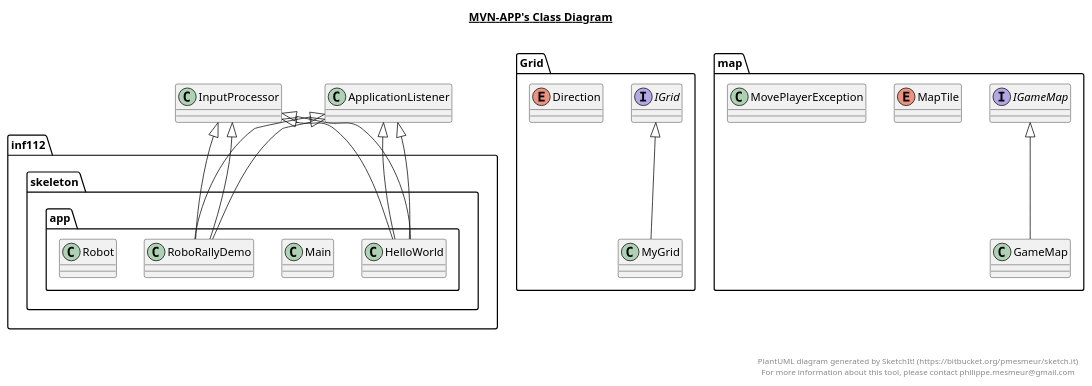
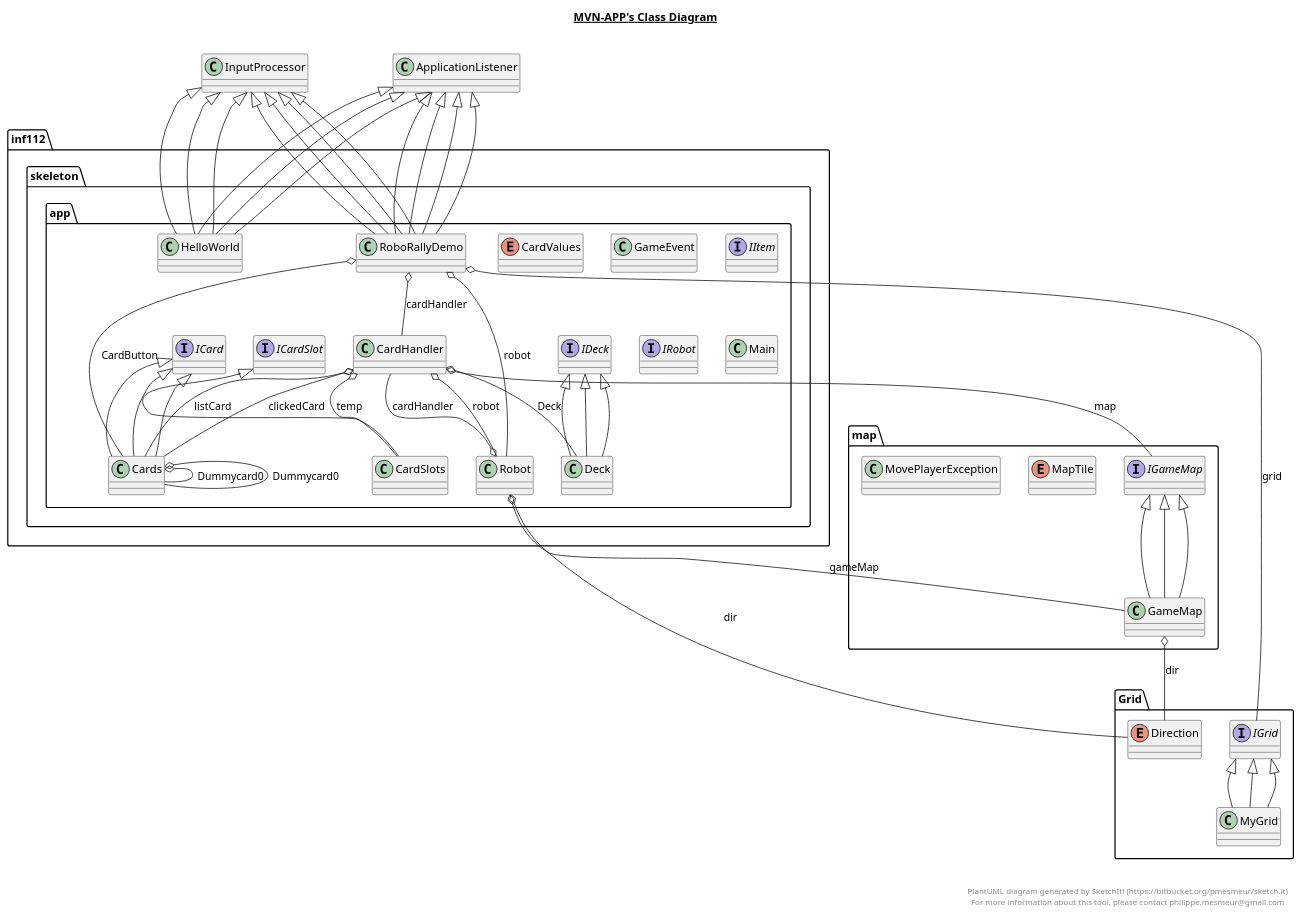
Before and after one commit to inf112-v19/Thebadguys: the diagram in Thebadguys.plantuml, drawn with PlantUML. The commit also changed 7 other files, not shown here.

Commit message:
Updating UML

```diff
--- a/Thebadguys.plantuml
+++ b/Thebadguys.plantuml
@@ -2,8 +2,122 @@
 
 title __MVN-APP's Class Diagram__\n
 
+  package inf112.skeleton.app {
+    class CardHandler {
+    }
+  }
+  
+
+  package inf112.skeleton.app {
+    class CardSlots {
+    }
+  }
+  
+
+  package inf112.skeleton.app {
+    class CardSlots {
+    }
+  }
+  
+
+  package inf112.skeleton.app {
+    class CardSlots {
+    }
+  }
+  
+
+  package inf112.skeleton.app {
+    enum CardValues {
+    }
+  }
+  
+
+  package inf112.skeleton.app {
+    enum CardValues {
+    }
+  }
+  
+
+  package inf112.skeleton.app {
+    enum CardValues {
+    }
+  }
+  
+
+  package inf112.skeleton.app {
+    class Cards {
+    }
+  }
+  
+
+  package inf112.skeleton.app {
+    class Cards {
+    }
+  }
+  
+
+  package inf112.skeleton.app {
+    class Cards {
+    }
+  }
+  
+
+  package inf112.skeleton.app {
+    class Deck {
+    }
+  }
+  
+
+  package inf112.skeleton.app {
+    class Deck {
+    }
+  }
+  
+
+  package inf112.skeleton.app {
+    class Deck {
+    }
+  }
+  
+
   package Grid {
     enum Direction {
+    }
+  }
+  
+
+  package Grid {
+    enum Direction {
+    }
+  }
+  
+
+  package Grid {
+    enum Direction {
+    }
+  }
+  
+
+  package inf112.skeleton.app {
+    class GameEvent {
+    }
+  }
+  
+
+  package inf112.skeleton.app {
+    class GameEvent {
+    }
+  }
+  
+
+  package map {
+    class GameMap {
+    }
+  }
+  
+
+  package map {
+    class GameMap {
     }
   }
   
@@ -26,6 +140,66 @@
   }
   
 
+  package inf112.skeleton.app {
+    class HelloWorld {
+    }
+  }
+  
+
+  package inf112.skeleton.app {
+    interface ICard {
+    }
+  }
+  
+
+  package inf112.skeleton.app {
+    interface ICard {
+    }
+  }
+  
+
+  package inf112.skeleton.app {
+    interface ICard {
+    }
+  }
+  
+
+  package inf112.skeleton.app {
+    interface ICardSlot {
+    }
+  }
+  
+
+  package inf112.skeleton.app {
+    interface IDeck {
+    }
+  }
+  
+
+  package inf112.skeleton.app {
+    interface IDeck {
+    }
+  }
+  
+
+  package inf112.skeleton.app {
+    interface IDeck {
+    }
+  }
+  
+
+  package map {
+    interface IGameMap {
+    }
+  }
+  
+
+  package map {
+    interface IGameMap {
+    }
+  }
+  
+
   package map {
     interface IGameMap {
     }
@@ -34,6 +208,54 @@
 
   package Grid {
     interface IGrid {
+    }
+  }
+  
+
+  package Grid {
+    interface IGrid {
+    }
+  }
+  
+
+  package Grid {
+    interface IGrid {
+    }
+  }
+  
+
+  package inf112.skeleton.app {
+    interface IItem {
+    }
+  }
+  
+
+  package inf112.skeleton.app {
+    interface IRobot {
+    }
+  }
+  
+
+  package inf112.skeleton.app {
+    interface IRobot {
+    }
+  }
+  
+
+  package inf112.skeleton.app {
+    interface IRobot {
+    }
+  }
+  
+
+  package inf112.skeleton.app {
+    class Main {
+    }
+  }
+  
+
+  package inf112.skeleton.app {
+    class Main {
     }
   }
   
@@ -57,6 +279,30 @@
   
 
   package map {
+    enum MapTile {
+    }
+  }
+  
+
+  package map {
+    enum MapTile {
+    }
+  }
+  
+
+  package map {
+    class MovePlayerException {
+    }
+  }
+  
+
+  package map {
+    class MovePlayerException {
+    }
+  }
+  
+
+  package map {
     class MovePlayerException {
     }
   }
@@ -64,6 +310,30 @@
 
   package Grid {
     class MyGrid {
+    }
+  }
+  
+
+  package Grid {
+    class MyGrid {
+    }
+  }
+  
+
+  package Grid {
+    class MyGrid {
+    }
+  }
+  
+
+  package inf112.skeleton.app {
+    class RoboRallyDemo {
+    }
+  }
+  
+
+  package inf112.skeleton.app {
+    class RoboRallyDemo {
     }
   }
   
@@ -92,16 +362,61 @@
   }
   
 
+  package inf112.skeleton.app {
+    class Robot {
+    }
+  }
+  
+
+  package inf112.skeleton.app {
+    class Robot {
+    }
+  }
+  
+
+  CardHandler o-- Deck : Deck
+  CardHandler o-- Cards : clickedCard
+  CardHandler o-- Cards : listCard
+  CardHandler o-- CardSlots : temp
+  CardHandler o-- Robot : robot
+  CardHandler o-- IGameMap : map
+  CardSlots -up-|> ICardSlot
+  Cards -up-|> ICard
+  Cards o-- Cards : Dummycard0
+  Cards -up-|> ICard
+  Cards o-- Cards : Dummycard0
+  Cards -up-|> ICard
+  Deck -up-|> IDeck
+  Deck -up-|> IDeck
+  Deck -up-|> IDeck
   GameMap -up-|> IGameMap
+  GameMap -up-|> IGameMap
+  GameMap -up-|> IGameMap
+  GameMap o-- Direction : dir
+  HelloWorld -up-|> ApplicationListener
+  HelloWorld -up-|> InputProcessor
   HelloWorld -up-|> ApplicationListener
   HelloWorld -up-|> InputProcessor
   HelloWorld -up-|> ApplicationListener
   HelloWorld -up-|> InputProcessor
   MyGrid -up-|> IGrid
+  MyGrid -up-|> IGrid
+  MyGrid -up-|> IGrid
   RoboRallyDemo -up-|> ApplicationListener
   RoboRallyDemo -up-|> InputProcessor
   RoboRallyDemo -up-|> ApplicationListener
   RoboRallyDemo -up-|> InputProcessor
+  RoboRallyDemo -up-|> ApplicationListener
+  RoboRallyDemo -up-|> InputProcessor
+  RoboRallyDemo o-- Cards : CardButton
+  RoboRallyDemo o-- Robot : robot
+  RoboRallyDemo o-- CardHandler : cardHandler
+  RoboRallyDemo o-- IGrid : grid
+  RoboRallyDemo -up-|> ApplicationListener
+  RoboRallyDemo -up-|> InputProcessor
+  Robot o-- CardHandler : cardHandler
+  Robot o-- Direction : dir
+  Robot o-- GameMap : gameMap
 
 
 right footer
```
